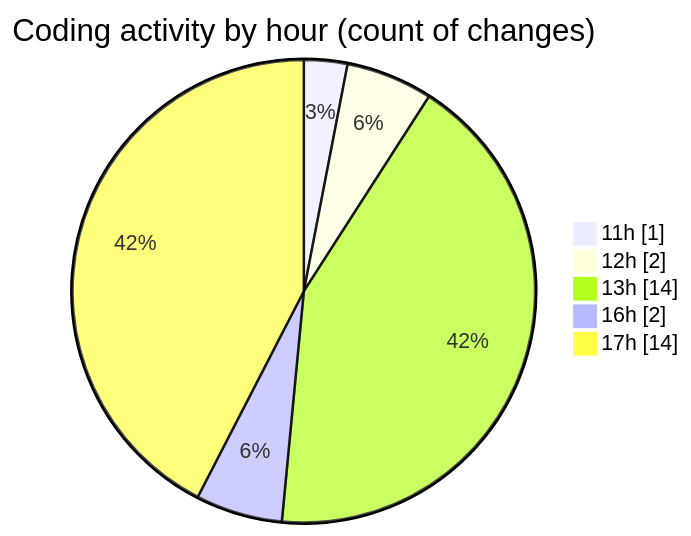
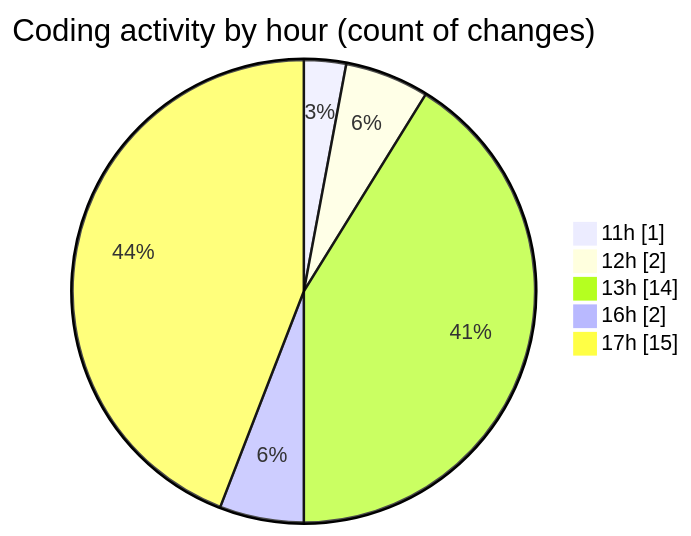
The second of 2 diagrams in 2025-05-23/nxtqube_webapp/README.md (nxtqubesakshisongat/code-tracking), drawn with Mermaid before and after one commit. The commit also changed other lines of this file and 1 other file, not shown here.

````diff
--- a/2025-05-23/nxtqube_webapp/README.md
+++ b/2025-05-23/nxtqube_webapp/README.md
@@ -29,9 +29,9 @@
 ```mermaid
 pie showData
 title Coding activity by hour (count of changes)
 "11h" : 1
 "12h" : 2
 "13h" : 14
 "16h" : 2
-"17h" : 14
+"17h" : 15
 ```
````
